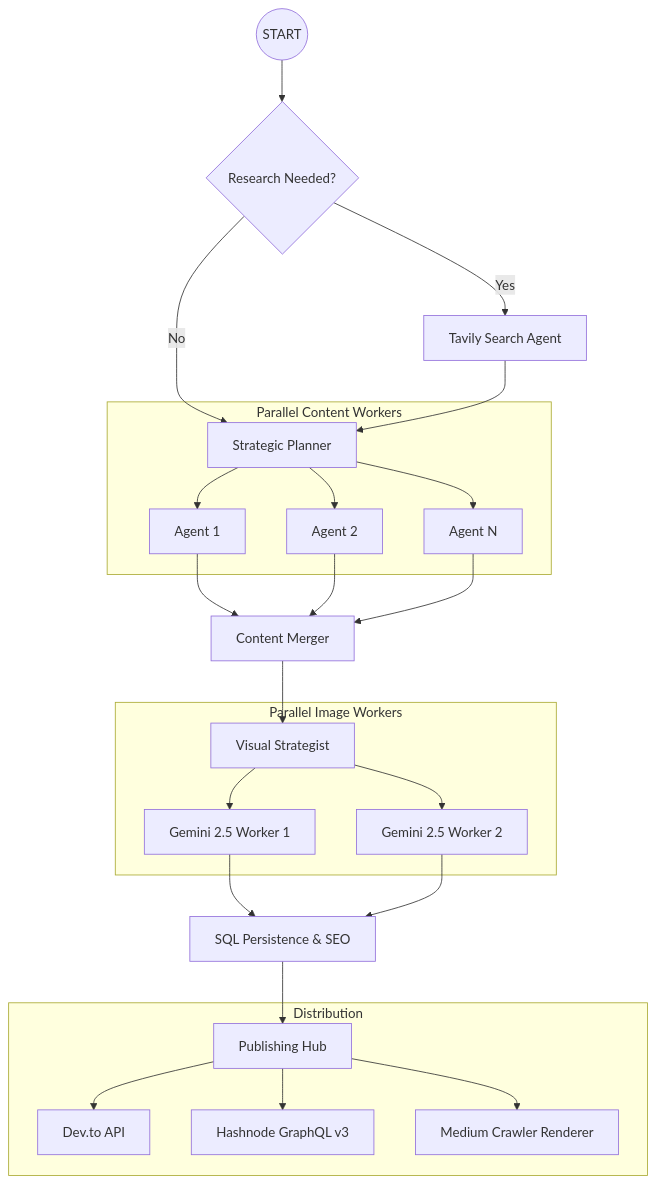
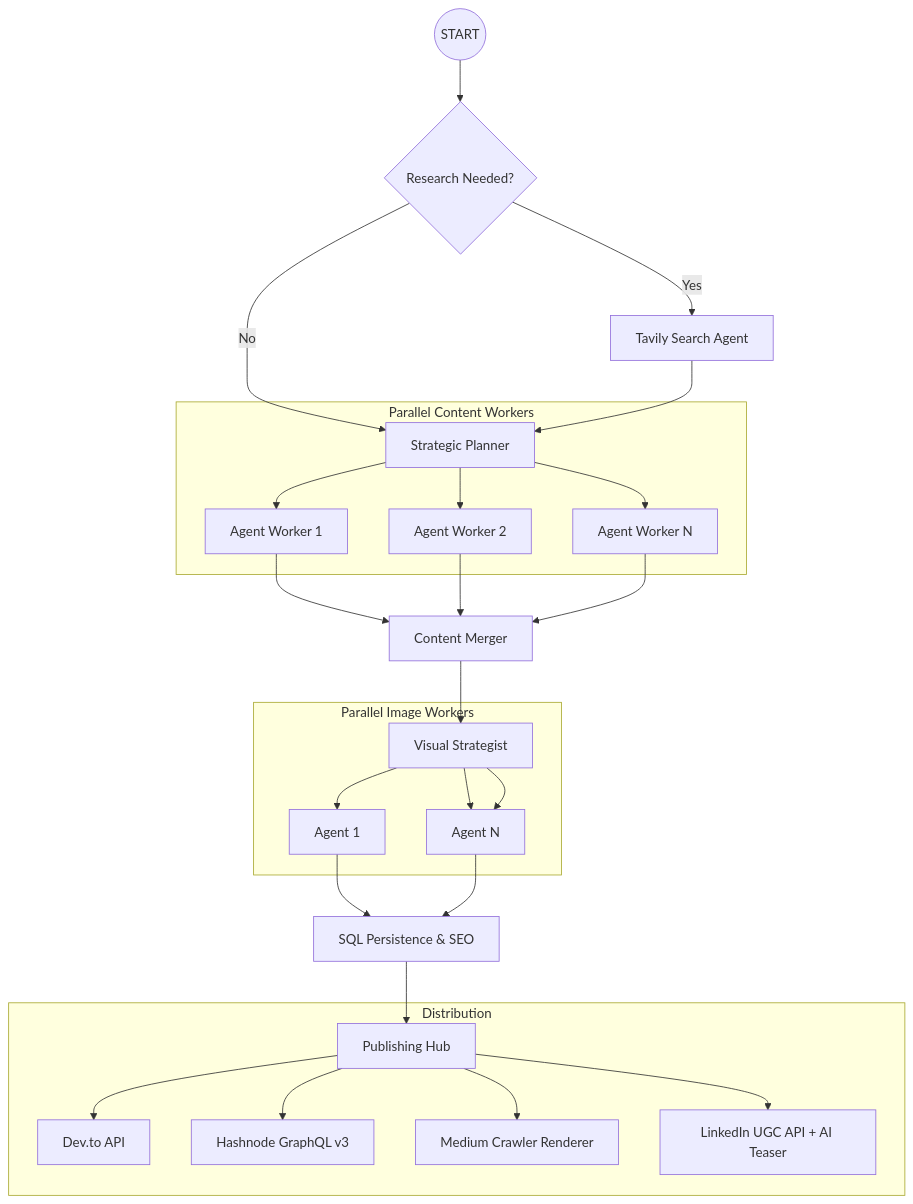
Before and after one commit to tanishra/scribe-flow: the diagram in README.md, drawn with Mermaid. The commit also changed other lines of this file, not shown here.

````diff
--- a/README.md
+++ b/README.md
@@ -23,30 +24,32 @@
 ```mermaid
 graph TD
     Start((START)) --> Router{Research Needed?}
     Router -- Yes --> Research[Tavily Search Agent]
     Router -- No --> Orchestrator
     Research --> Orchestrator[Strategic Planner]
     
     subgraph Parallel Content Workers
-    Orchestrator --> W1[Agent 1]
-    Orchestrator --> W2[Agent 2]
-    Orchestrator --> W3[Agent N]
+    Orchestrator --> W1[Agent Worker 1]
+    Orchestrator --> W2[Agent Worker 2]
+    Orchestrator --> W3[Agent Worker N]
     end
     
     W1 & W2 & W3 --> Reducer[Content Merger]
     Reducer --> ImgDecide[Visual Strategist]
     
     subgraph Parallel Image Workers
-    ImgDecide --> IW1[Gemini 2.5 Worker 1]
-    ImgDecide --> IW2[Gemini 2.5 Worker 2]
+    ImgDecide --> IW1[Agent 1]
+    ImgDecide --> IW2[Agent 2]
+    ImgDecide --> IW2[Agent N]
     end
     
     IW1 & IW2 --> Finalize[SQL Persistence & SEO]
     Finalize --> Hub[Publishing Hub]
     
     subgraph Distribution
     Hub --> Dev[Dev.to API]
     Hub --> HN[Hashnode GraphQL v3]
     Hub --> Med[Medium Crawler Renderer]
+    Hub --> LI[LinkedIn UGC API + AI Teaser]
     end
 ```
````
